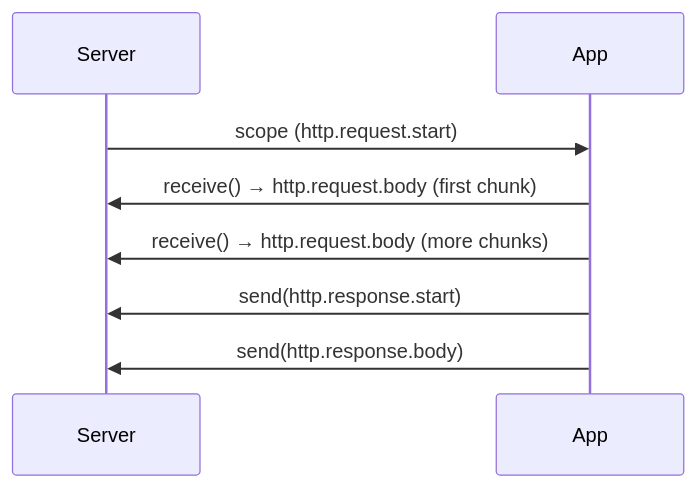
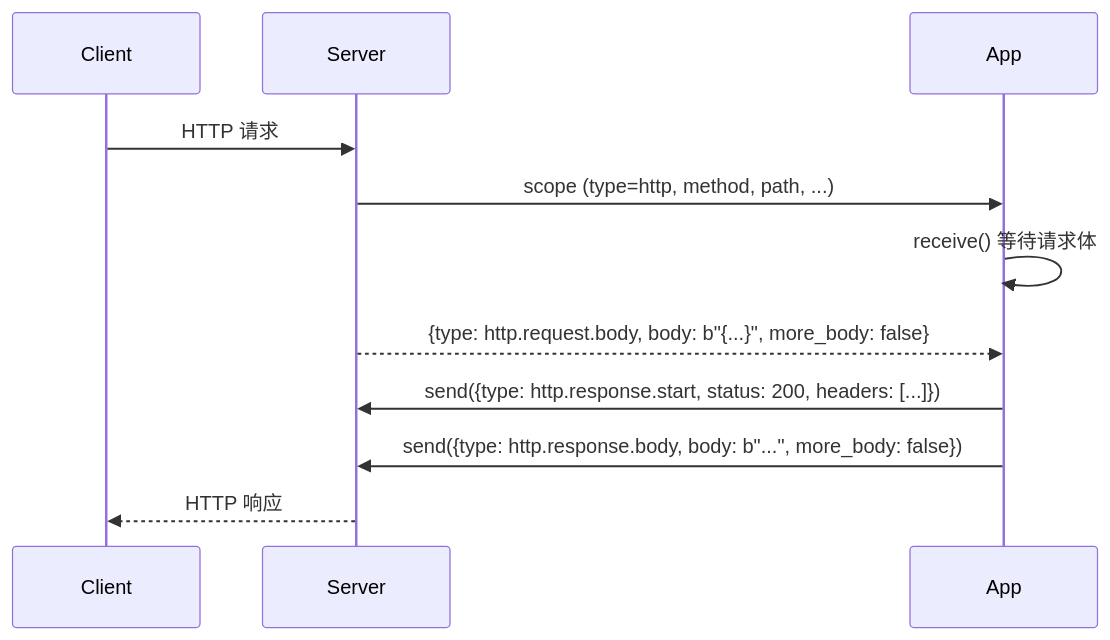
The first of 2 diagrams in docs/docs/01-asgi-starlette/index.md (wanglh39/fastapi-learning), drawn with Mermaid before and after one commit. The commit also changed other lines of this file and 9 other files, not shown here.

````diff
--- a/docs/docs/01-asgi-starlette/index.md
+++ b/docs/docs/01-asgi-starlette/index.md
@@ -99,10 +139,13 @@
 ```mermaid
 sequenceDiagram
+    participant Client
     participant Server
     participant App
-    Server->>App: scope (http.request.start)
-    App->>Server: receive() → http.request.body (first chunk)
-    App->>Server: receive() → http.request.body (more chunks)
-    App->>Server: send(http.response.start)
-    App->>Server: send(http.response.body)
+    Client->>Server: HTTP 请求
+    Server->>App: scope (type=http, method, path, ...)
+    App->>App: receive() 等待请求体
+    Server-->>App: {type: http.request.body, body: b"{...}", more_body: false}
+    App->>Server: send({type: http.response.start, status: 200, headers: [...]})
+    App->>Server: send({type: http.response.body, body: b"...", more_body: false})
+    Server-->>Client: HTTP 响应
 ```
````
